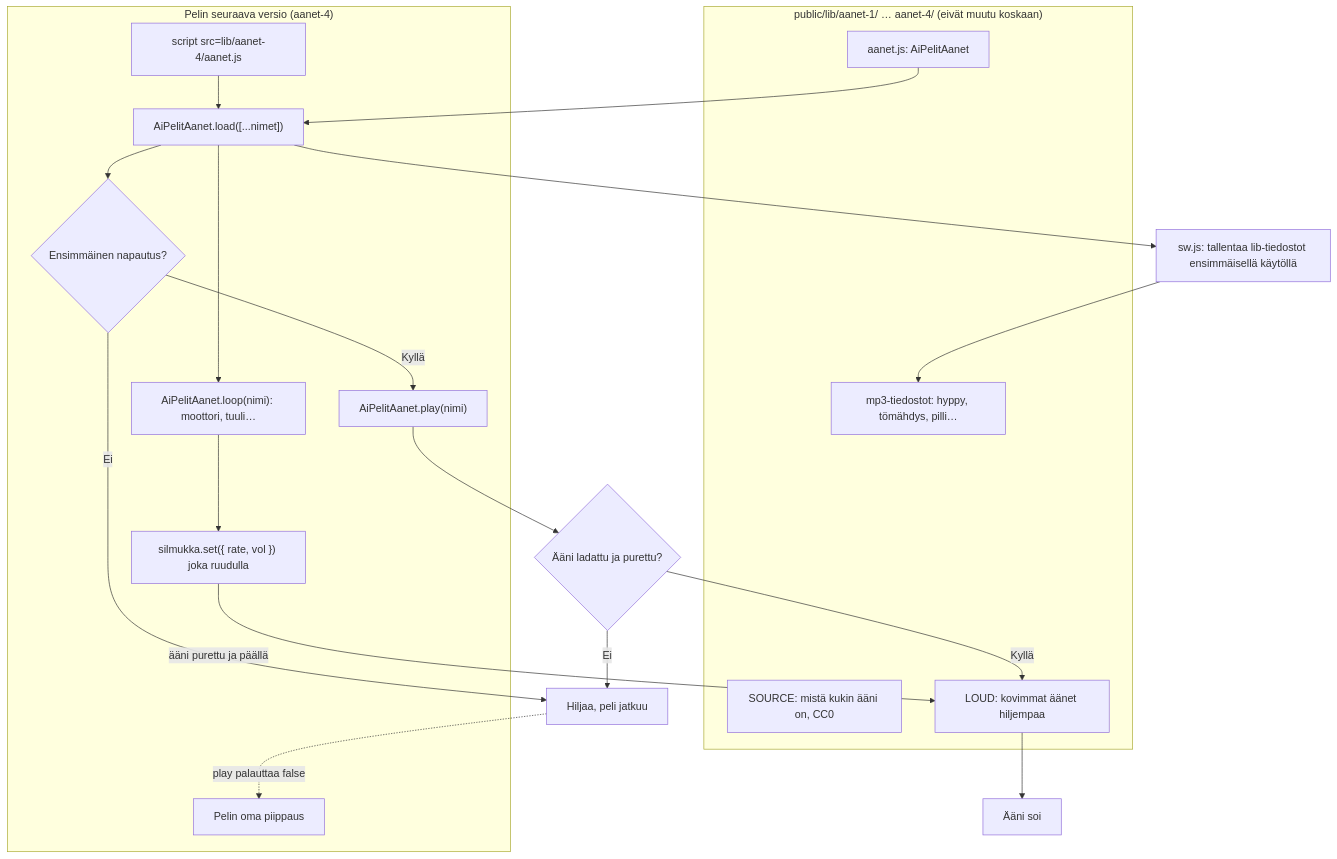
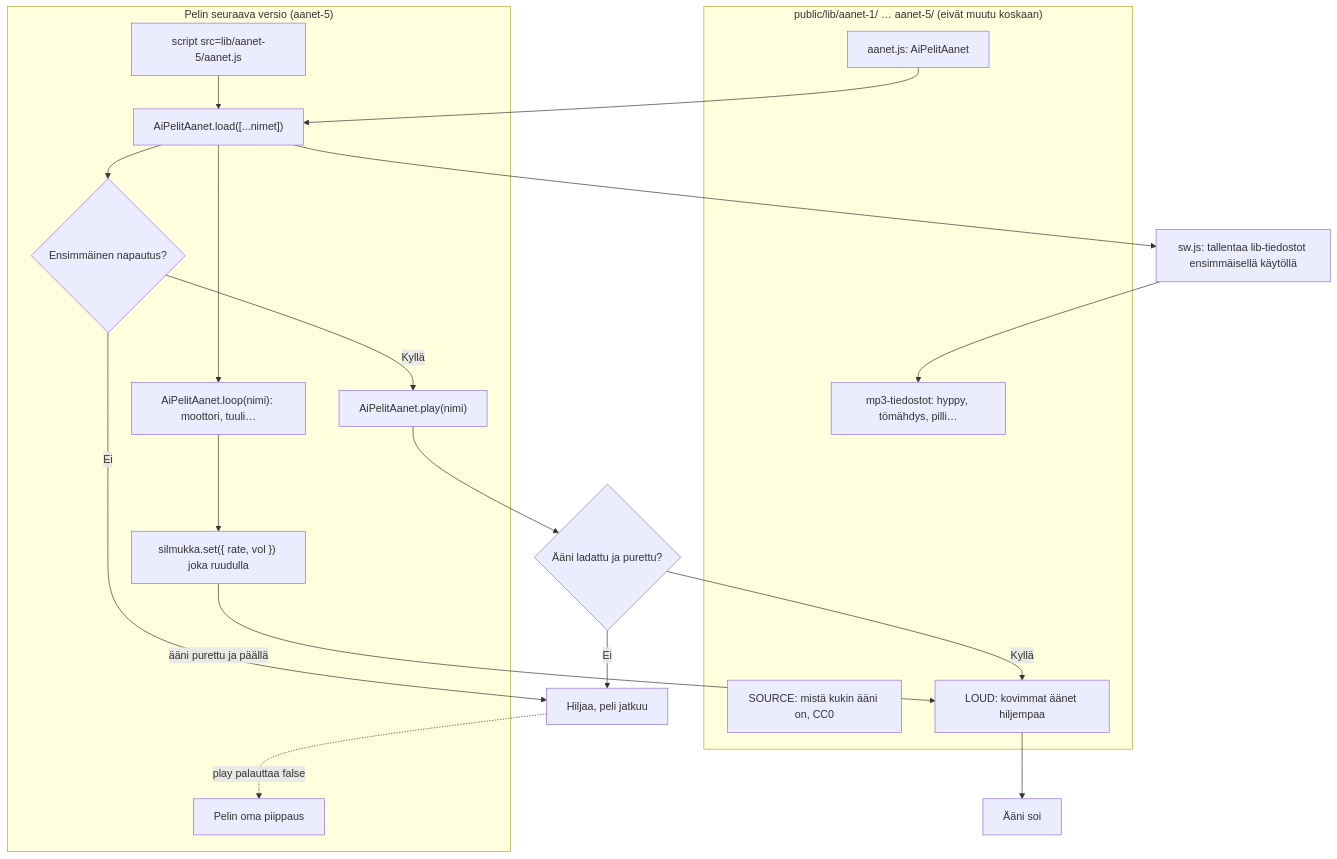
The diagram in docs/diagrams/aanikirjasto.md (eerovil/ai-pelit), drawn with Mermaid before and after one commit. The commit also changed other lines of this file and 131 other files, not shown here.

````diff
--- a/docs/diagrams/aanikirjasto.md
+++ b/docs/diagrams/aanikirjasto.md
@@ -10,37 +11,37 @@
 ```mermaid
 flowchart TD
-  subgraph Kirjasto["public/lib/aanet-1/ … aanet-4/ (eivät muutu koskaan)"]
+  subgraph Kirjasto["public/lib/aanet-1/ … aanet-5/ (eivät muutu koskaan)"]
     files["mp3-tiedostot: hyppy, tömähdys, pilli…"]
     lista["SOURCE: mistä kukin ääni on, CC0"]
     js["aanet.js: AiPelitAanet"]
     loud["LOUD: kovimmat äänet hiljempaa"]
   end
-  subgraph Peli["Pelin seuraava versio (aanet-4)"]
-    tag["script src=lib/aanet-4/aanet.js"]
+  subgraph Peli["Pelin seuraava versio (aanet-5)"]
+    tag["script src=lib/aanet-5/aanet.js"]
     load["AiPelitAanet.load([...nimet])"]
     tap{"Ensimmäinen napautus?"}
     play["AiPelitAanet.play(nimi)"]
     loop["AiPelitAanet.loop(nimi): moottori, tuuli…"]
     set["silmukka.set({ rate, vol }) joka ruudulla"]
     beep["Pelin oma piippaus"]
   end
   sw["sw.js: tallentaa lib-tiedostot ensimmäisellä käytöllä"]
   ok{"Ääni ladattu ja purettu?"}
   soi["Ääni soi"]
   hiljaa["Hiljaa, peli jatkuu"]
   tag --> load --> tap
   tap -- Kyllä --> play --> ok
   tap -- Ei --> hiljaa
   ok -- Kyllä --> loud --> soi
   ok -- Ei --> hiljaa
   load --> loop --> set
   set -- ääni purettu ja päällä --> loud
   hiljaa -. play palauttaa false .-> beep
   load --> sw --> files
   js --> load
   class files,lista,js,loud teal
   class tag,load,play,loop,set blue
   class tap,ok amber
   class sw violet
   class soi,hiljaa,beep green
 ```
````
